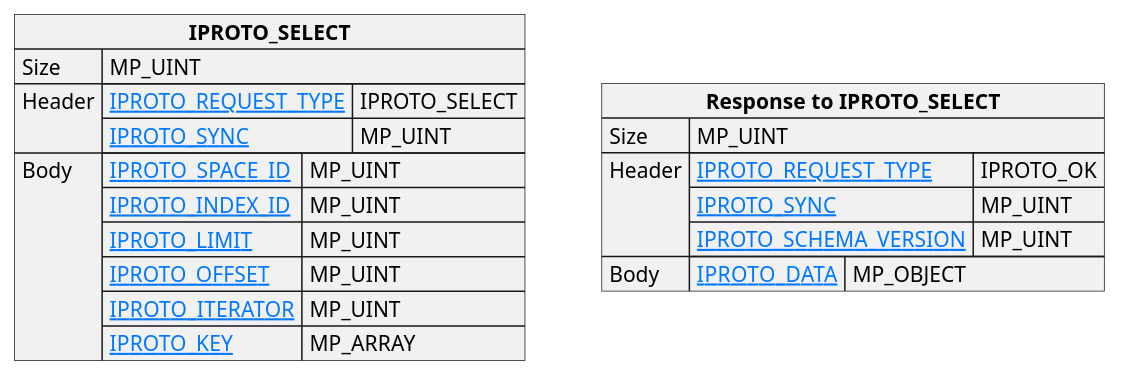
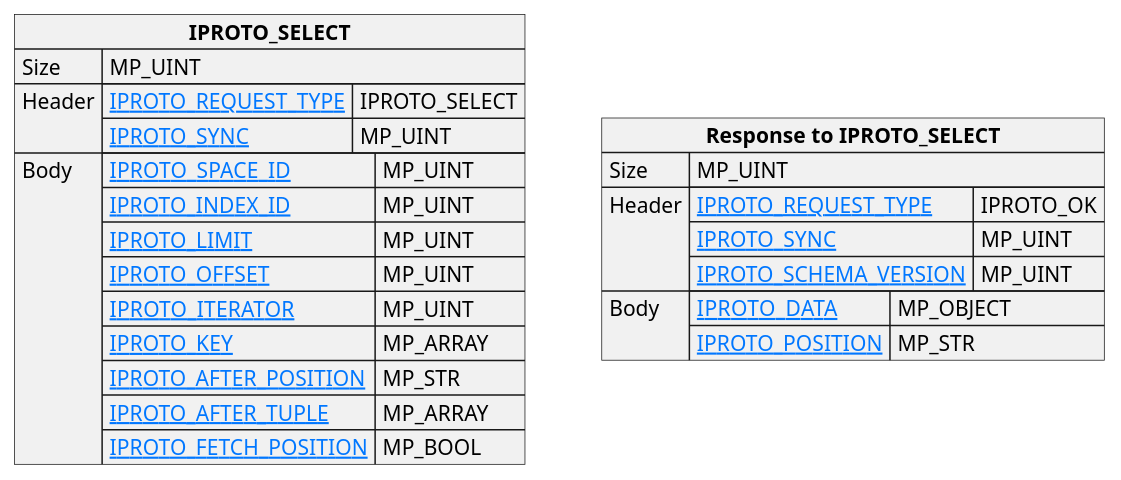
One commit to tarantool/doc changed the diagram in doc/dev_guide/internals/iproto/images/select.puml. Above: the diagram before and after it, drawn with PlantUML. The commit also changed 13 other files, not shown here.

```diff
--- a/doc/dev_guide/internals/iproto/images/select.puml
+++ b/doc/dev_guide/internals/iproto/images/select.puml
@@ -1,38 +1,42 @@
 @startuml
 
 skinparam {
     HyperlinkColor #0077FF
     FontColor #313131
     BorderColor #313131
     BackgroundColor transparent
 }
 
 json "**IPROTO_SELECT**" as select {
     "Size": "MP_UINT",
     "Header": {
     "[[https://tarantool.io/en/doc/latest/dev_guide/internals/iproto/keys IPROTO_REQUEST_TYPE]]": "IPROTO_SELECT",
     "[[https://tarantool.io/en/doc/latest/dev_guide/internals/iproto/keys IPROTO_SYNC]]": "MP_UINT"
     },
     "Body": {
     "[[https://tarantool.io/en/doc/latest/dev_guide/internals/iproto/keys IPROTO_SPACE_ID]]": "MP_UINT",
     "[[https://tarantool.io/en/doc/latest/dev_guide/internals/iproto/keys IPROTO_INDEX_ID]]": "MP_UINT",
     "[[https://tarantool.io/en/doc/latest/dev_guide/internals/iproto/keys IPROTO_LIMIT]]": "MP_UINT",
     "[[https://tarantool.io/en/doc/latest/dev_guide/internals/iproto/keys IPROTO_OFFSET]]": "MP_UINT",
     "[[https://tarantool.io/en/doc/latest/dev_guide/internals/iproto/keys IPROTO_ITERATOR]]": "MP_UINT",
-    "[[https://tarantool.io/en/doc/latest/dev_guide/internals/iproto/keys IPROTO_KEY]]": "MP_ARRAY"
+    "[[https://tarantool.io/en/doc/latest/dev_guide/internals/iproto/keys IPROTO_KEY]]": "MP_ARRAY",
+    "[[https://tarantool.io/en/doc/latest/dev_guide/internals/iproto/keys IPROTO_AFTER_POSITION]]": "MP_STR",
+    "[[https://tarantool.io/en/doc/latest/dev_guide/internals/iproto/keys IPROTO_AFTER_TUPLE]]": "MP_ARRAY",
+    "[[https://tarantool.io/en/doc/latest/dev_guide/internals/iproto/keys IPROTO_FETCH_POSITION]]": "MP_BOOL"
     }
 }
 
 json "**Response to IPROTO_SELECT**" as select_response {
     "Size": "MP_UINT",
     "Header": {
     "[[https://tarantool.io/en/doc/latest/dev_guide/internals/iproto/keys IPROTO_REQUEST_TYPE]]": "IPROTO_OK",
     "[[https://tarantool.io/en/doc/latest/dev_guide/internals/iproto/keys IPROTO_SYNC]]": "MP_UINT",
     "[[https://tarantool.io/en/doc/latest/dev_guide/internals/iproto/keys IPROTO_SCHEMA_VERSION]]": "MP_UINT"
     },
     "Body": {
-    "[[https://tarantool.io/en/doc/latest/dev_guide/internals/iproto/keys IPROTO_DATA]]": "MP_OBJECT"
+    "[[https://tarantool.io/en/doc/latest/dev_guide/internals/iproto/keys IPROTO_DATA]]": "MP_OBJECT",
+    "[[https://tarantool.io/en/doc/latest/dev_guide/internals/iproto/keys IPROTO_POSITION]]": "MP_STR"
     }
 }
 
 @enduml
```
